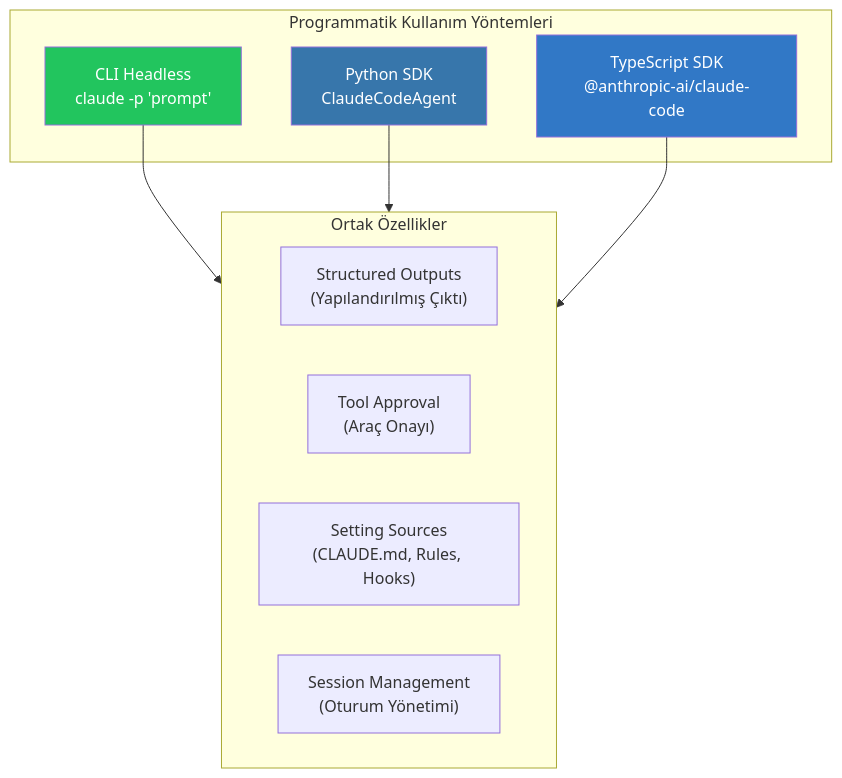
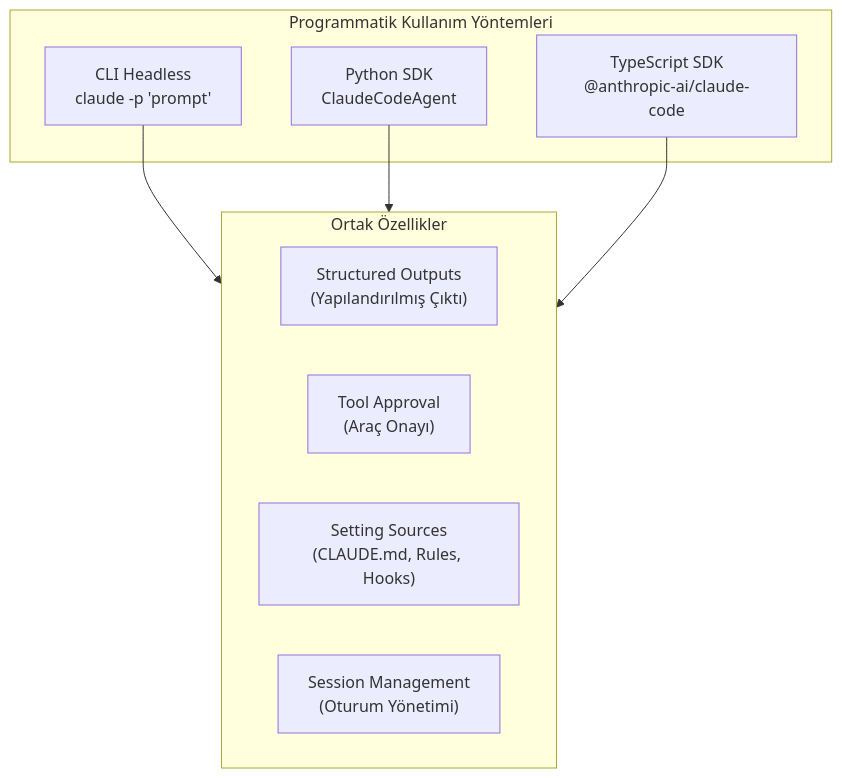
One commit to IzzetYasinAtes/ClaudeCodeHandbook changed the first of 3 diagrams in 16-cicd-ve-devops/04-headless-mod-ve-sdk.md. Above: the diagram before and after it, drawn with Mermaid. The commit also changed other lines of this file and 97 other files, not shown here.

Commit message:
Remove all custom Mermaid style/fill colors from 98 markdown files for consistent dark theme rendering

````diff
--- a/16-cicd-ve-devops/04-headless-mod-ve-sdk.md
+++ b/16-cicd-ve-devops/04-headless-mod-ve-sdk.md
@@ -17,23 +17,20 @@
 ```mermaid
 flowchart TB
     subgraph methods ["Programmatik Kullanım Yöntemleri"]
         CLI["CLI Headless<br/>claude -p 'prompt'"]
         PY["Python SDK<br/>ClaudeCodeAgent"]
         TS["TypeScript SDK<br/>@anthropic-ai/claude-code"]
     end
 
     subgraph features ["Ortak Özellikler"]
         SO["Structured Outputs<br/>(Yapılandırılmış Çıktı)"]
         TA["Tool Approval<br/>(Araç Onayı)"]
         SS["Setting Sources<br/>(CLAUDE.md, Rules, Hooks)"]
         SM["Session Management<br/>(Oturum Yönetimi)"]
     end
 
     CLI --> features
     PY --> features
     TS --> features
 
-    style CLI fill:#22C55E,color:#fff
-    style PY fill:#3776AB,color:#fff
-    style TS fill:#3178C6,color:#fff
 ```
````
